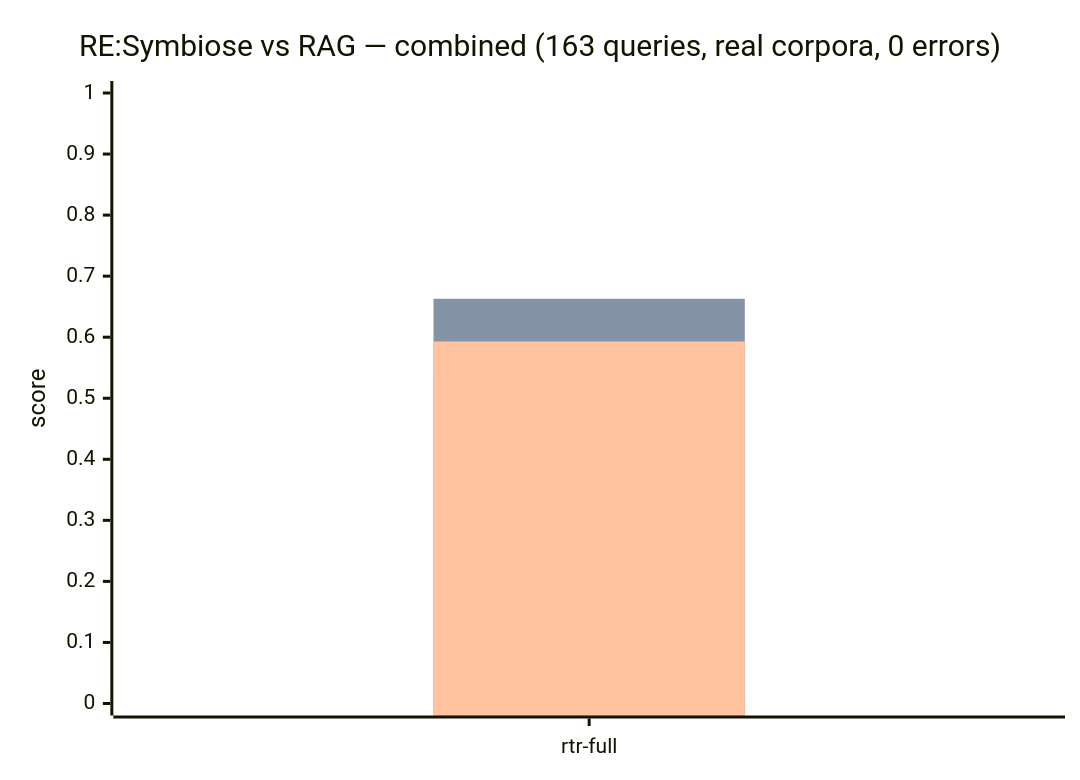
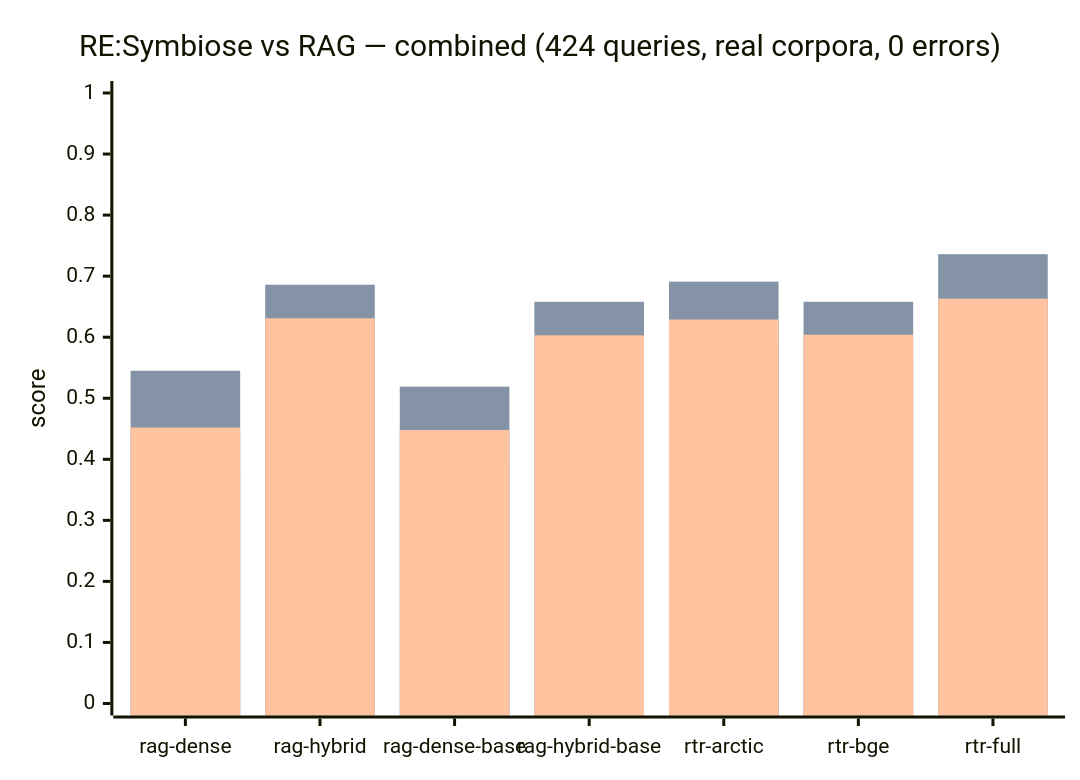
Before and after one commit to Nova-Violet-Role/RTR-RE: the diagram in eval/versus.mmd, drawn with Mermaid. The commit also changed 11 other files, not shown here.

```diff
--- a/eval/versus.mmd
+++ b/eval/versus.mmd
@@ -1,9 +1,9 @@
 %% SPDX-FileCopyrightText: Nova-Violet Role ORG
 %% SPDX-License-Identifier: EUPL-1.2 OR AGPL-3.0-or-later
 xychart-beta
-    title "RE:Symbiose vs RAG — combined (163 queries, real corpora, 0 errors)"
-    x-axis ["rtr-full"]
+    title "RE:Symbiose vs RAG — combined (424 queries, real corpora, 0 errors)"
+    x-axis ["rag-dense", "rag-hybrid", "rag-dense-base", "rag-hybrid-base", "rtr-arctic", "rtr-bge", "rtr-full"]
     y-axis "score" 0 --> 1
-    bar "R@1" [0.540]
-    bar "R@3" [0.663]
-    bar "MRR" [0.593]
+    bar "R@1" [0.382, 0.590, 0.394, 0.559, 0.585, 0.561, 0.609]
+    bar "R@3" [0.545, 0.686, 0.519, 0.658, 0.691, 0.658, 0.736]
+    bar "MRR" [0.452, 0.631, 0.448, 0.603, 0.629, 0.604, 0.663]
```
